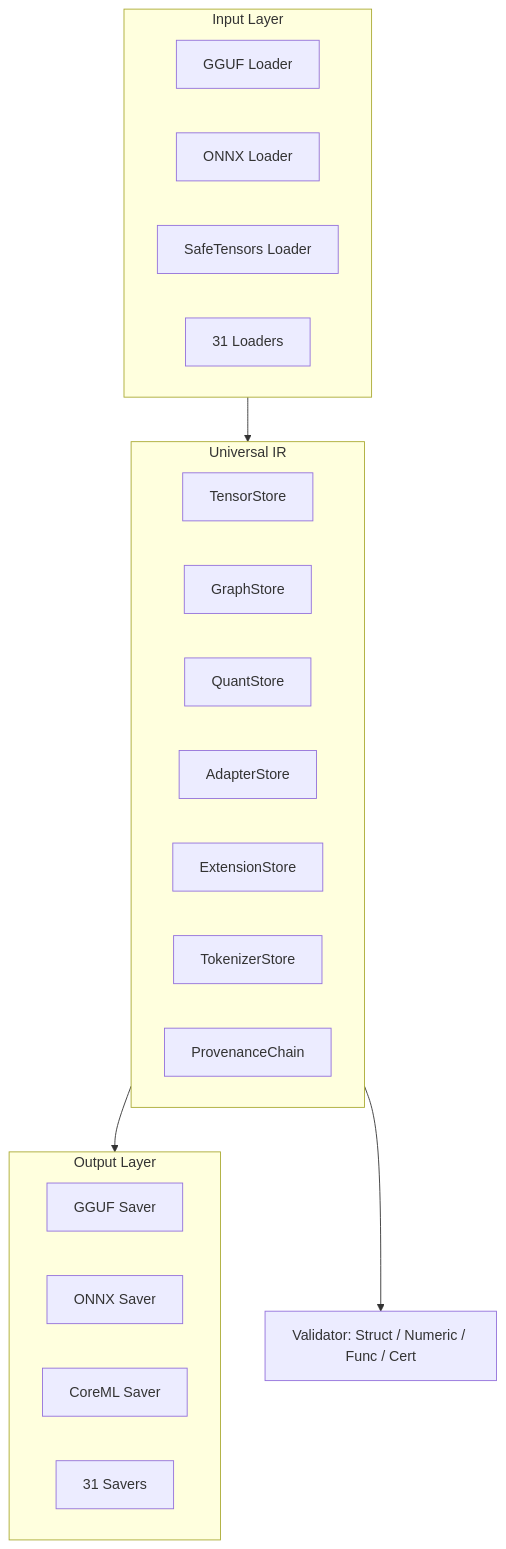
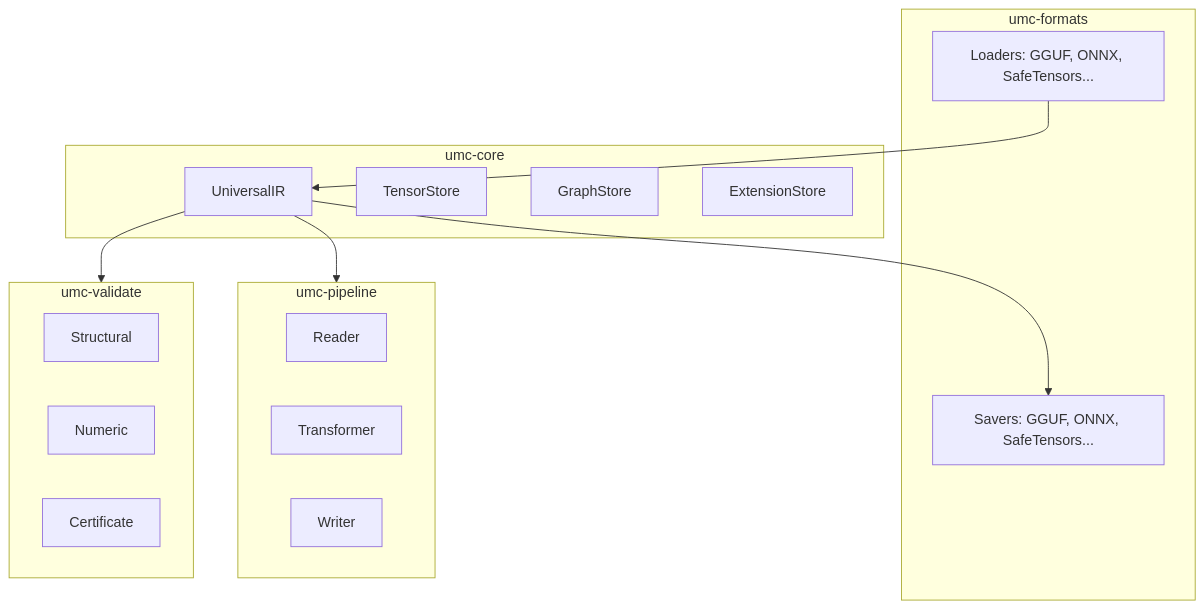
One commit to rustnew/UMC changed the second of 2 diagrams in README.md. Above: the diagram before and after it, drawn with Mermaid. The commit also changed other lines of this file, not shown here.

Commit message:
docs(readme): rewrite README with verified facts (12 formats, real CLI/API)

````diff
--- a/README.md
+++ b/README.md
@@ -119,26 +198,26 @@
 ```mermaid
 flowchart TB
-    subgraph Input["Input Layer"]
-        L1[GGUF Loader]
-        L2[ONNX Loader]
-        L3[SafeTensors Loader]
-        L31[31 Loaders]
+    subgraph Core["umc-core"]
+        IR[UniversalIR]
+        TS[TensorStore]
+        GS[GraphStore]
+        ES[ExtensionStore]
     end
-    subgraph IR["Universal IR"]
-        T[TensorStore]
-        G[GraphStore]
-        Q[QuantStore]
-        A[AdapterStore]
-        E[ExtensionStore]
-        Z[TokenizerStore]
-        P[ProvenanceChain]
+    subgraph Formats["umc-formats"]
+        L[Loaders: GGUF, ONNX, SafeTensors...]
+        S[Savers: GGUF, ONNX, SafeTensors...]
     end
-    subgraph Output["Output Layer"]
-        S1[GGUF Saver]
-        S2[ONNX Saver]
-        S3[CoreML Saver]
-        S31[31 Savers]
+    subgraph Pipeline["umc-pipeline"]
+        R[Reader]
+        T[Transformer]
+        W[Writer]
     end
-    Input --> IR --> Output
-    IR --> V[Validator: Struct / Numeric / Func / Cert]
+    subgraph Validate["umc-validate"]
+        SV[Structural]
+        NV[Numeric]
+        CV[Certificate]
+    end
+    L --> IR --> S
+    IR --> Pipeline
+    IR --> Validate
 ```
````
